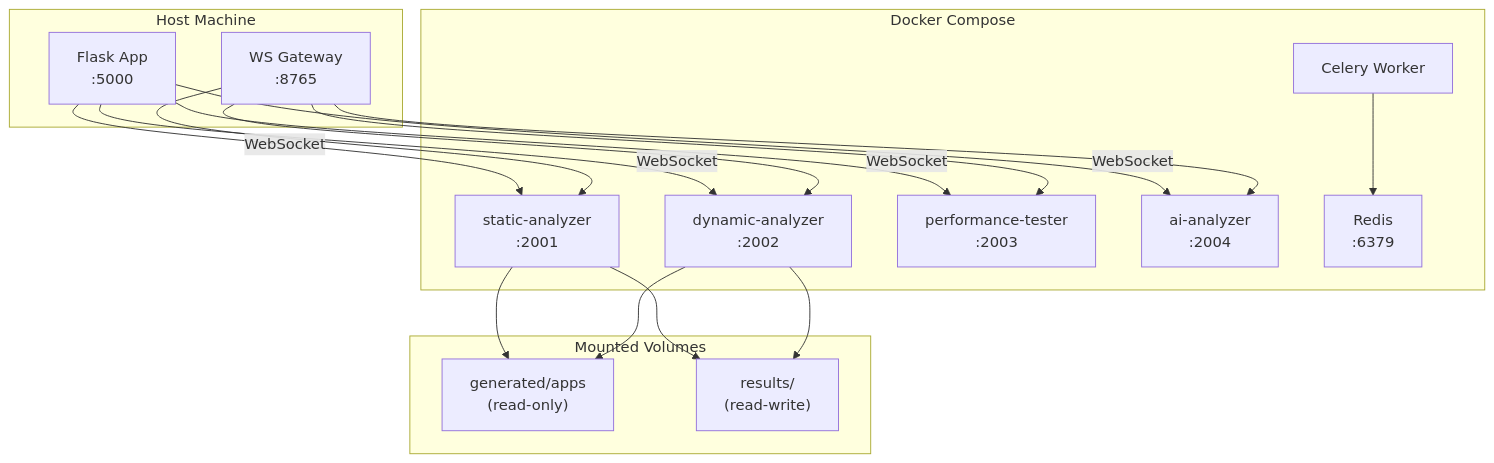
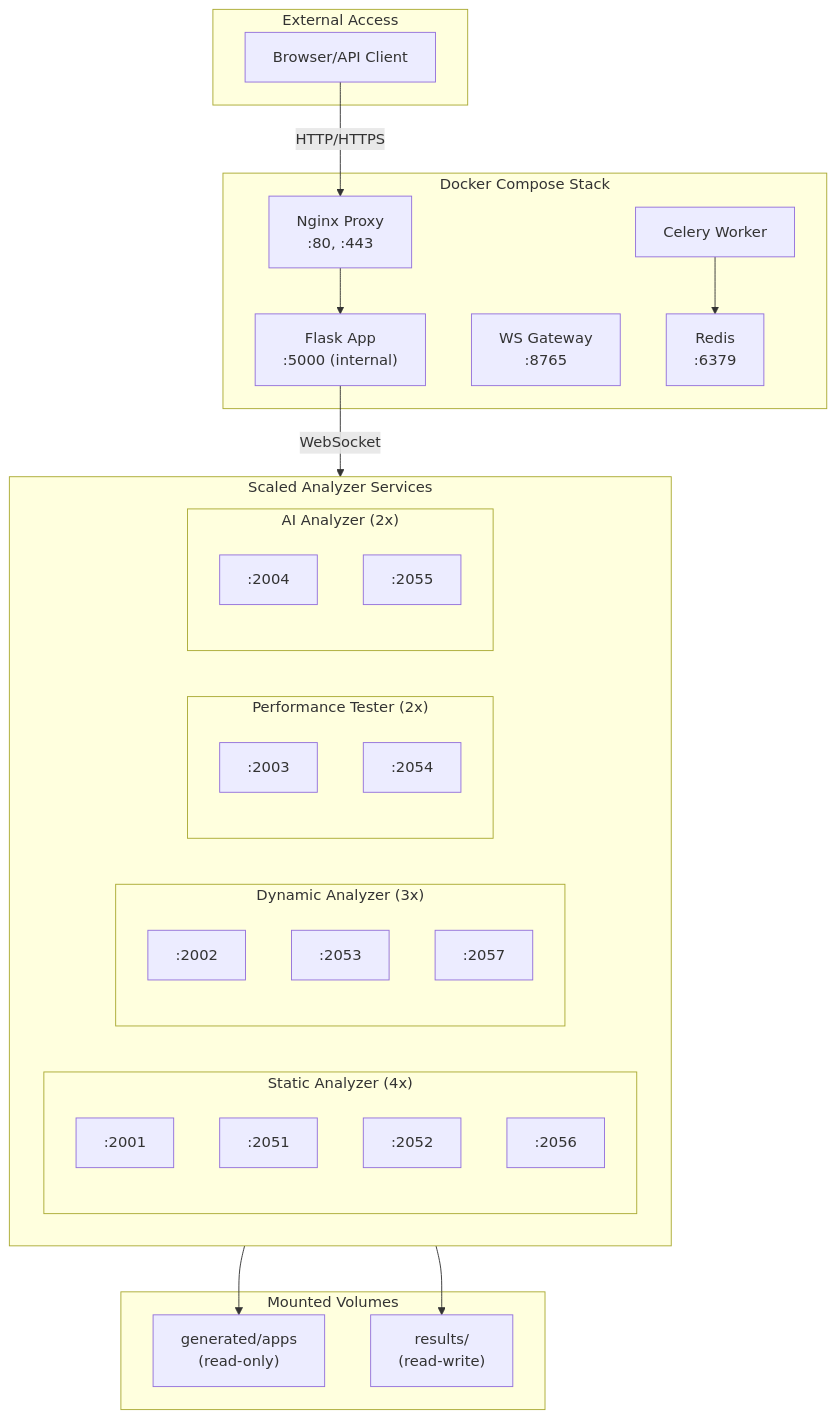
The seventh of 8 diagrams in docs/ARCHITECTURE.md (GrabowMar/ThesisAppRework), drawn with Mermaid before and after one commit. The commit also changed other lines of this file and 83 other files, not shown here.

````diff
--- a/docs/ARCHITECTURE.md
+++ b/docs/ARCHITECTURE.md
@@ -279,35 +279,48 @@
 ```mermaid
 flowchart TB
-    subgraph Host["Host Machine"]
-        Flask["Flask App\n:5000"]
-        Gateway["WS Gateway\n:8765"]
+    subgraph External["External Access"]
+        Client["Browser/API Client"]
     end
 
-    subgraph Docker["Docker Compose"]
-        Static["static-analyzer\n:2001"]
-        Dynamic["dynamic-analyzer\n:2002"]
-        Perf["performance-tester\n:2003"]
-        AI["ai-analyzer\n:2004"]
+    subgraph Host["Docker Compose Stack"]
+        Nginx["Nginx Proxy\n:80, :443"]
+        Flask["Flask App\n:5000 (internal)"]
+        Gateway["WS Gateway\n:8765"]
         Redis["Redis\n:6379"]
         Celery["Celery Worker"]
+    end
+
+    subgraph Analyzers["Scaled Analyzer Services"]
+        subgraph Static["Static Analyzer (4x)"]
+            S1[":2001"]
+            S2[":2051"]
+            S3[":2052"]
+            S4[":2056"]
+        end
+        subgraph Dynamic["Dynamic Analyzer (3x)"]
+            D1[":2002"]
+            D2[":2053"]
+            D3[":2057"]
+        end
+        subgraph Perf["Performance Tester (2x)"]
+            P1[":2003"]
+            P2[":2054"]
+        end
+        subgraph AI["AI Analyzer (2x)"]
+            A1[":2004"]
+            A2[":2055"]
+        end
     end
 
     subgraph Volumes["Mounted Volumes"]
         Apps["generated/apps\n(read-only)"]
         Res["results/\n(read-write)"]
     end
 
-    Flask -->|WebSocket| Static
-    Flask -->|WebSocket| Dynamic
-    Flask -->|WebSocket| Perf
-    Flask -->|WebSocket| AI
-    Gateway --> Static
-    Gateway --> Dynamic
-    Gateway --> Perf
-    Gateway --> AI
+    Client -->|HTTP/HTTPS| Nginx
+    Nginx --> Flask
+    Flask -->|WebSocket| Analyzers
     Celery --> Redis
-    Static --> Apps
-    Static --> Res
-    Dynamic --> Apps
-    Dynamic --> Res
+    Analyzers --> Apps
+    Analyzers --> Res
 ```
````
